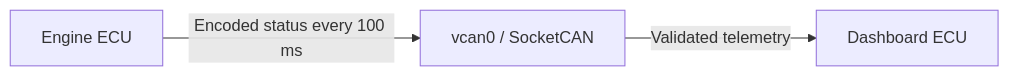
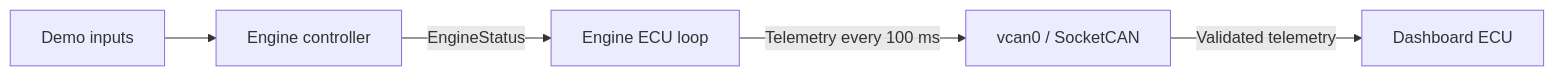
The diagram in README.md (mBian2/can-ecu-simulator), drawn with Mermaid before and after one commit. The commit also changed other lines of this file and 4 other files, not shown here.

Commit message:
Verify engine lifecycle over vcan and document the model

````diff
--- a/README.md
+++ b/README.md
@@ -8,5 +8,7 @@
 ```mermaid
 flowchart LR
-    engine[Engine ECU] -->|Encoded status every 100 ms| bus[vcan0 / SocketCAN]
+    demo[Demo inputs] --> controller[Engine controller]
+    controller -->|EngineStatus| publisher[Engine ECU loop]
+    publisher -->|Telemetry every 100 ms| bus[vcan0 / SocketCAN]
     bus -->|Validated telemetry| dashboard[Dashboard ECU]
 ```
````
